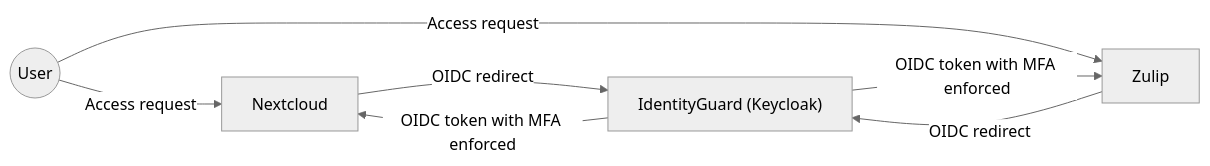
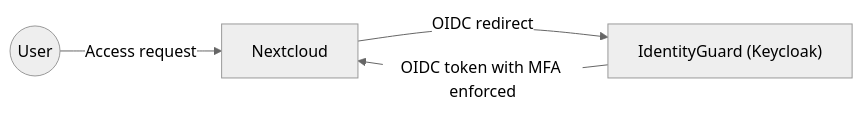
Before and after one commit to nidax-core/truenorth: the diagram in poc/identity/Architecture.md, drawn with Mermaid (neutral theme).

Commit message:
docs(identity): updated mermaid diagram

````diff
--- a/poc/identity/Architecture.md
+++ b/poc/identity/Architecture.md
@@ -18,16 +18,12 @@
 ```mermaid
 flowchart LR
     User((User))
     IdP["IdentityGuard (Keycloak)"]
     NC["Nextcloud"]
-    ZU["Zulip"]
+    
 
     User -->|Access request| NC
-    User -->|Access request| ZU
-
     NC -->|OIDC redirect| IdP
-    ZU -->|OIDC redirect| IdP
-
     IdP -->|OIDC token with MFA enforced| NC
-    IdP -->|OIDC token with MFA enforced| ZU
+    
 ```
````
